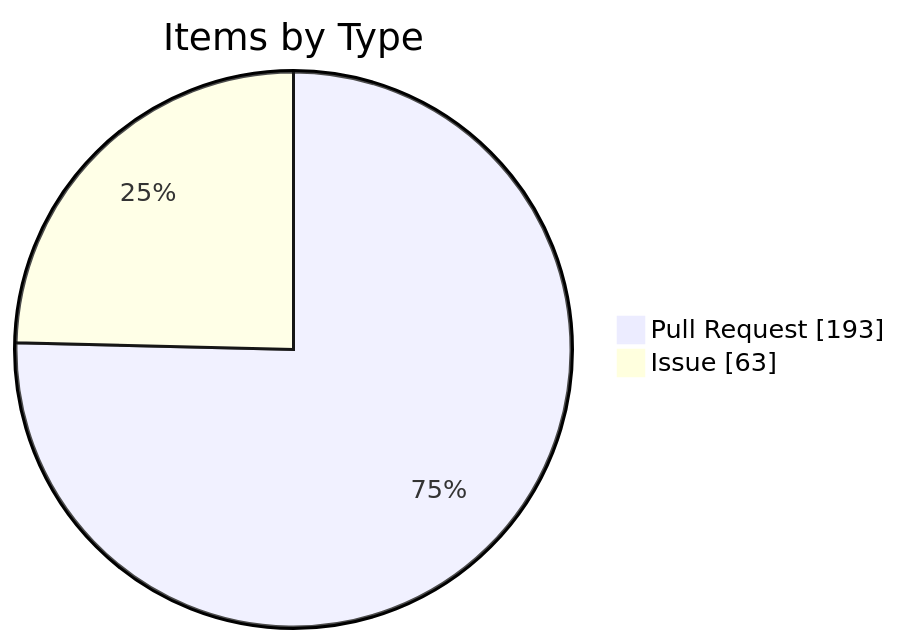
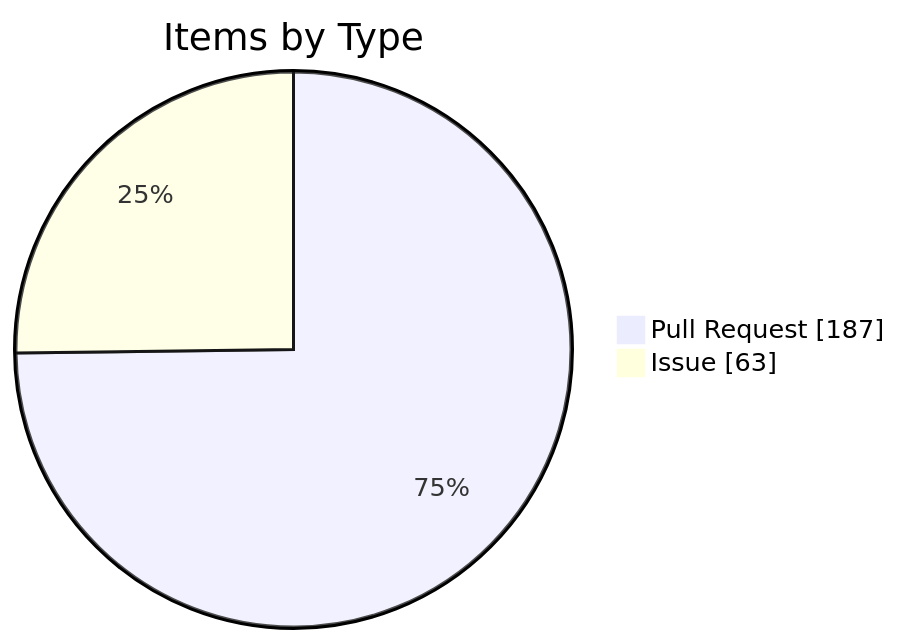
Before and after one commit to KBVE/kbve: the fourth of 4 diagrams in apps/kbve/astro-kbve/src/content/docs/dashboard/kanban-data.mdx, drawn with Mermaid. The commit also changed other lines of this file and 8 other files, not shown here.

````diff
--- a/apps/kbve/astro-kbve/src/content/docs/dashboard/kanban-data.mdx
+++ b/apps/kbve/astro-kbve/src/content/docs/dashboard/kanban-data.mdx
@@ -116,6 +116,6 @@
 ```mermaid
 pie showData
     title Items by Type
-    "Pull Request" : 193
+    "Pull Request" : 187
     "Issue" : 63
 ```
````
